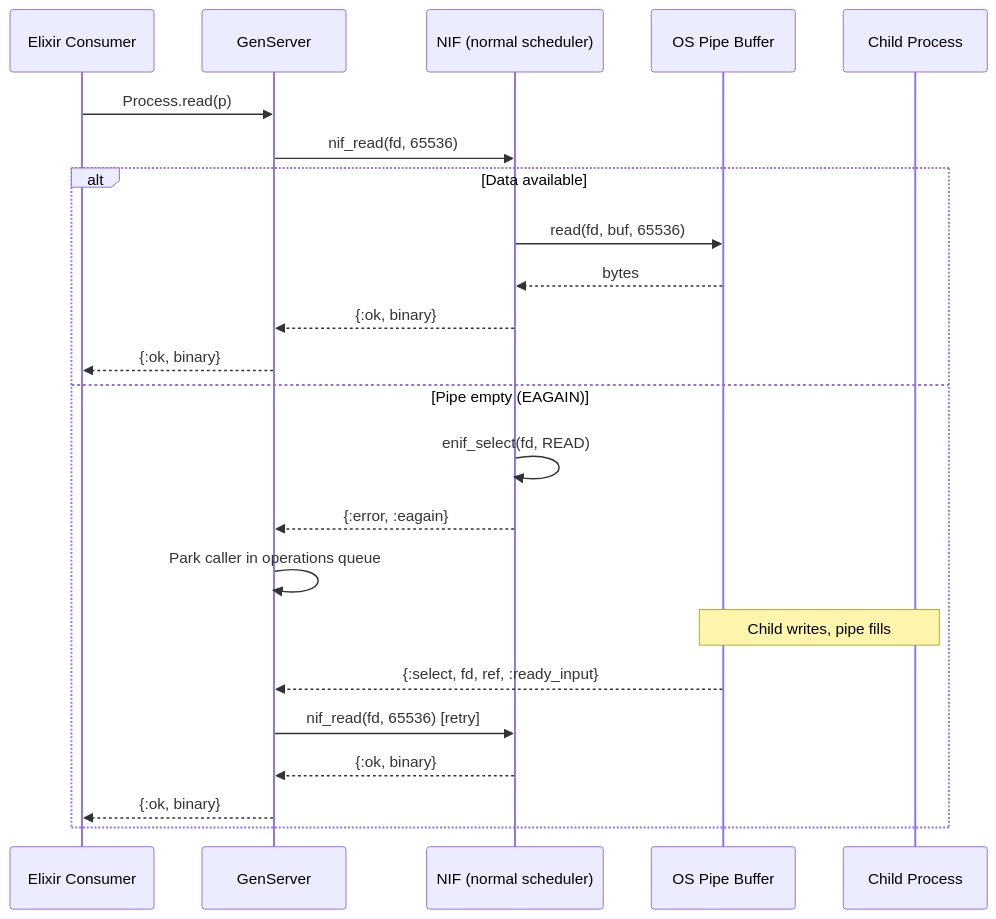
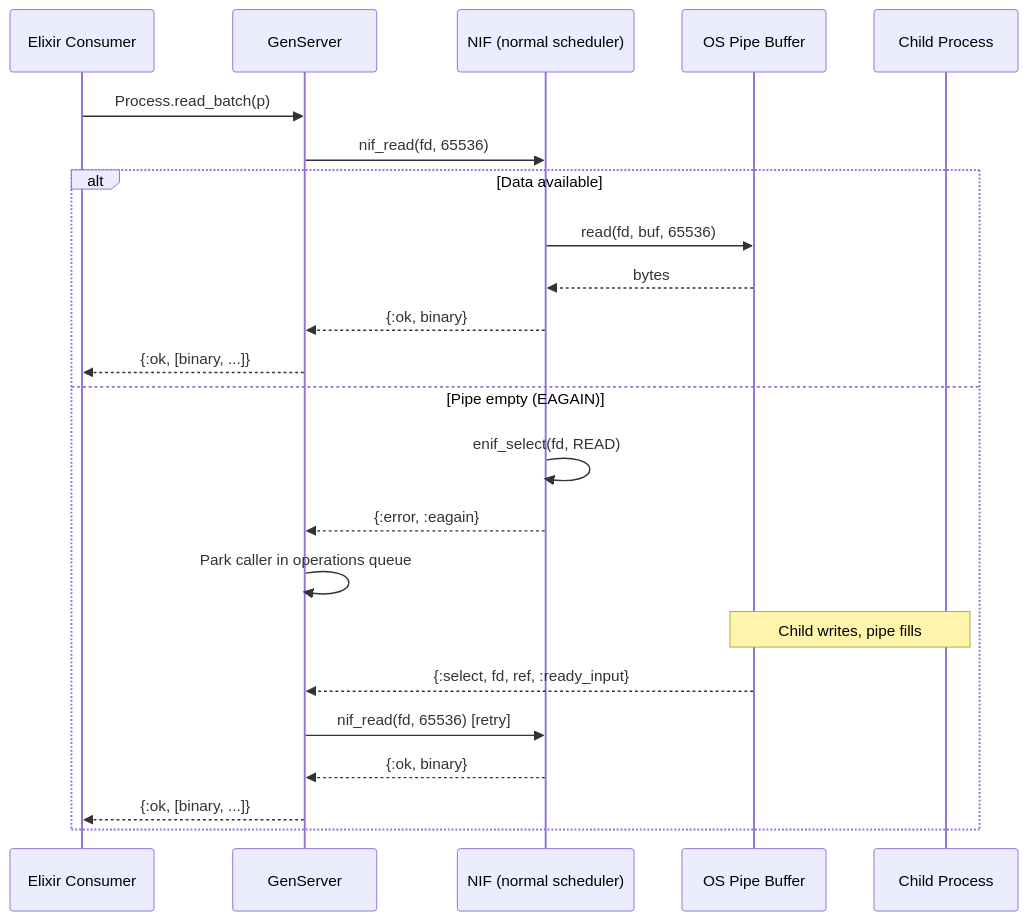
The diagram in docs/backpressure.md (nyo16/net_runner), drawn with Mermaid before and after one commit. The commit also changed other lines of this file and 60 other files, not shown here.

````diff
--- a/docs/backpressure.md
+++ b/docs/backpressure.md
@@ -11,26 +11,26 @@
 ```mermaid
 sequenceDiagram
     participant E as Elixir Consumer
     participant GS as GenServer
     participant NIF as NIF (normal scheduler)
     participant Pipe as OS Pipe Buffer
     participant Child as Child Process
 
-    E->>GS: Process.read(p)
+    E->>GS: Process.read_batch(p)
     GS->>NIF: nif_read(fd, 65536)
     alt Data available
         NIF->>Pipe: read(fd, buf, 65536)
         Pipe-->>NIF: bytes
         NIF-->>GS: {:ok, binary}
-        GS-->>E: {:ok, binary}
+        GS-->>E: {:ok, [binary, ...]}
     else Pipe empty (EAGAIN)
         NIF->>NIF: enif_select(fd, READ)
         NIF-->>GS: {:error, :eagain}
         GS->>GS: Park caller in operations queue
         Note over Pipe,Child: Child writes, pipe fills
         Pipe-->>GS: {:select, fd, ref, :ready_input}
         GS->>NIF: nif_read(fd, 65536) [retry]
         NIF-->>GS: {:ok, binary}
-        GS-->>E: {:ok, binary}
+        GS-->>E: {:ok, [binary, ...]}
     end
 ```
````
